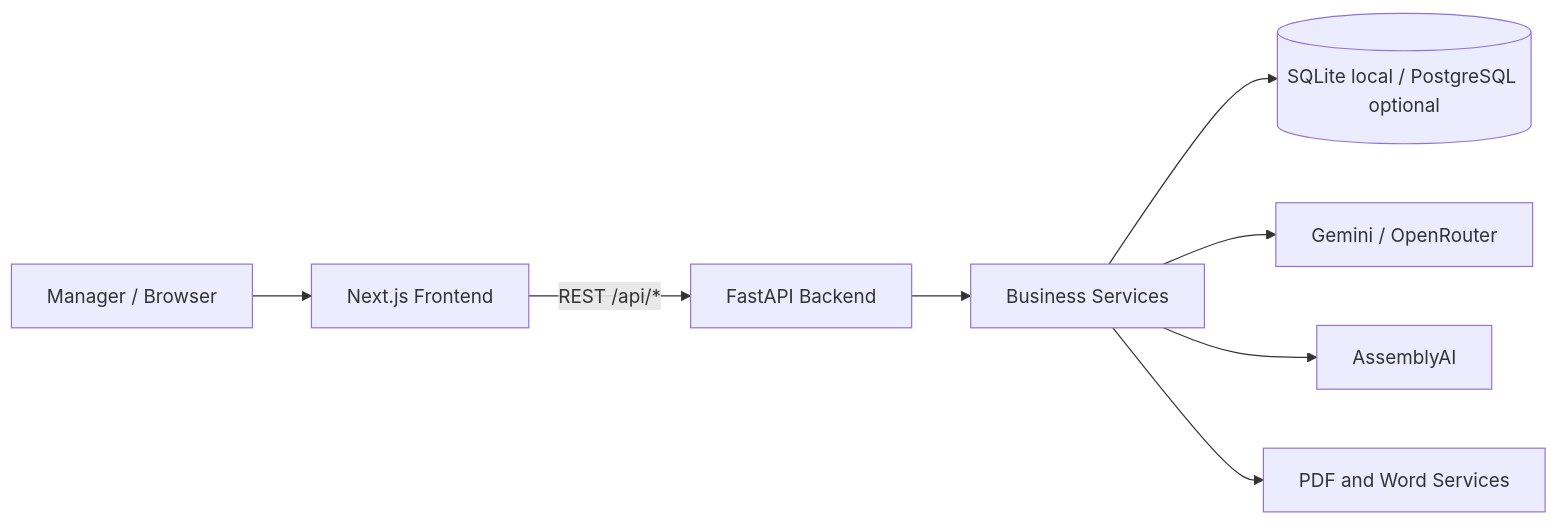
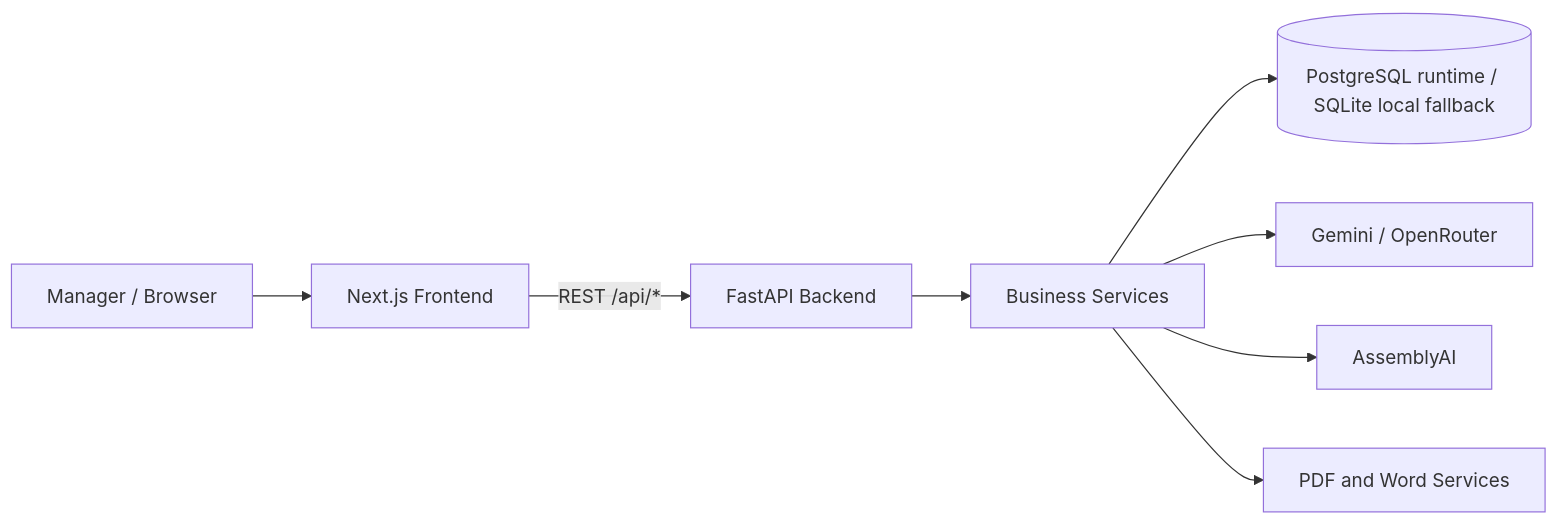
Before and after one commit to aliendevit/mini_erp_ai: the diagram in README.md, drawn with Mermaid. The commit also changed other lines of this file and 21 other files, not shown here.

Commit message:
Add PostgreSQL deployment readiness

````diff
--- a/README.md
+++ b/README.md
@@ -92,10 +92,10 @@
 ```mermaid
 flowchart LR
     U[Manager / Browser] --> F[Next.js Frontend]
     F -->|REST /api/*| B[FastAPI Backend]
     B --> S[Business Services]
-    S --> DB[(SQLite local / PostgreSQL optional)]
+    S --> DB[(PostgreSQL runtime / SQLite local fallback)]
     S --> AI[Gemini / OpenRouter]
     S --> STT[AssemblyAI]
     S --> DOC[PDF and Word Services]
 ```
````
